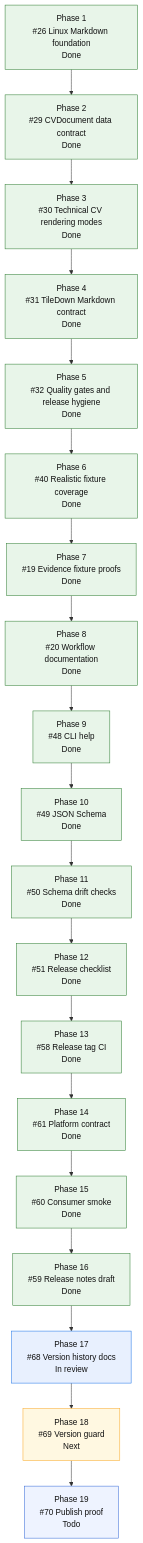
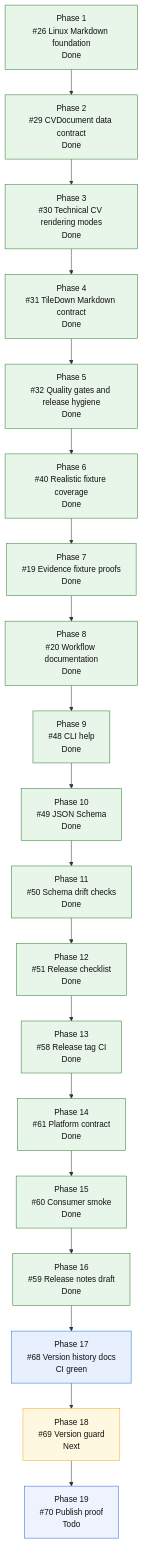
The diagram in README.md (mihaelamj/cvbuilder), drawn with Mermaid before and after one commit. The commit also changed 1 other file, not shown here.

Commit message:
docs(roadmap): mark release docs CI green

````diff
--- a/README.md
+++ b/README.md
@@ -169,36 +169,36 @@
 ```mermaid
 flowchart TD
     P1["Phase 1<br/>#26 Linux Markdown foundation<br/>Done"]
     P2["Phase 2<br/>#29 CVDocument data contract<br/>Done"]
     P3["Phase 3<br/>#30 Technical CV rendering modes<br/>Done"]
     P4["Phase 4<br/>#31 TileDown Markdown contract<br/>Done"]
     P5["Phase 5<br/>#32 Quality gates and release hygiene<br/>Done"]
     P6["Phase 6<br/>#40 Realistic fixture coverage<br/>Done"]
     P7["Phase 7<br/>#19 Evidence fixture proofs<br/>Done"]
     P8["Phase 8<br/>#20 Workflow documentation<br/>Done"]
     P9["Phase 9<br/>#48 CLI help<br/>Done"]
     P10["Phase 10<br/>#49 JSON Schema<br/>Done"]
     P11["Phase 11<br/>#50 Schema drift checks<br/>Done"]
     P12["Phase 12<br/>#51 Release checklist<br/>Done"]
     P13["Phase 13<br/>#58 Release tag CI<br/>Done"]
     P14["Phase 14<br/>#61 Platform contract<br/>Done"]
     P15["Phase 15<br/>#60 Consumer smoke<br/>Done"]
     P16["Phase 16<br/>#59 Release notes draft<br/>Done"]
-    P17["Phase 17<br/>#68 Version history docs<br/>In review"]
+    P17["Phase 17<br/>#68 Version history docs<br/>CI green"]
     P18["Phase 18<br/>#69 Version guard<br/>Next"]
     P19["Phase 19<br/>#70 Publish proof<br/>Todo"]
 
     P1 --> P2 --> P3 --> P4 --> P5 --> P6 --> P7 --> P8 --> P9 --> P10 --> P11 --> P12 --> P13 --> P14 --> P15 --> P16 --> P17 --> P18 --> P19
 
     classDef done fill:#e8f5e9,stroke:#2e7d32,color:#111;
     classDef active fill:#fff3e0,stroke:#ef6c00,color:#111;
     classDef review fill:#e8f0fe,stroke:#1a73e8,color:#111;
     classDef next fill:#fff8e1,stroke:#f9a825,color:#111;
     classDef partial fill:#e0f7fa,stroke:#00838f,color:#111;
     classDef todo fill:#eef3ff,stroke:#3367d6,color:#111;
     class P1,P2,P3,P4 done;
     class P5,P6,P7,P8,P9,P10,P11,P12,P13,P14,P15,P16 done;
     class P17 review;
     class P18 next;
     class P19 todo;
 ```
````
